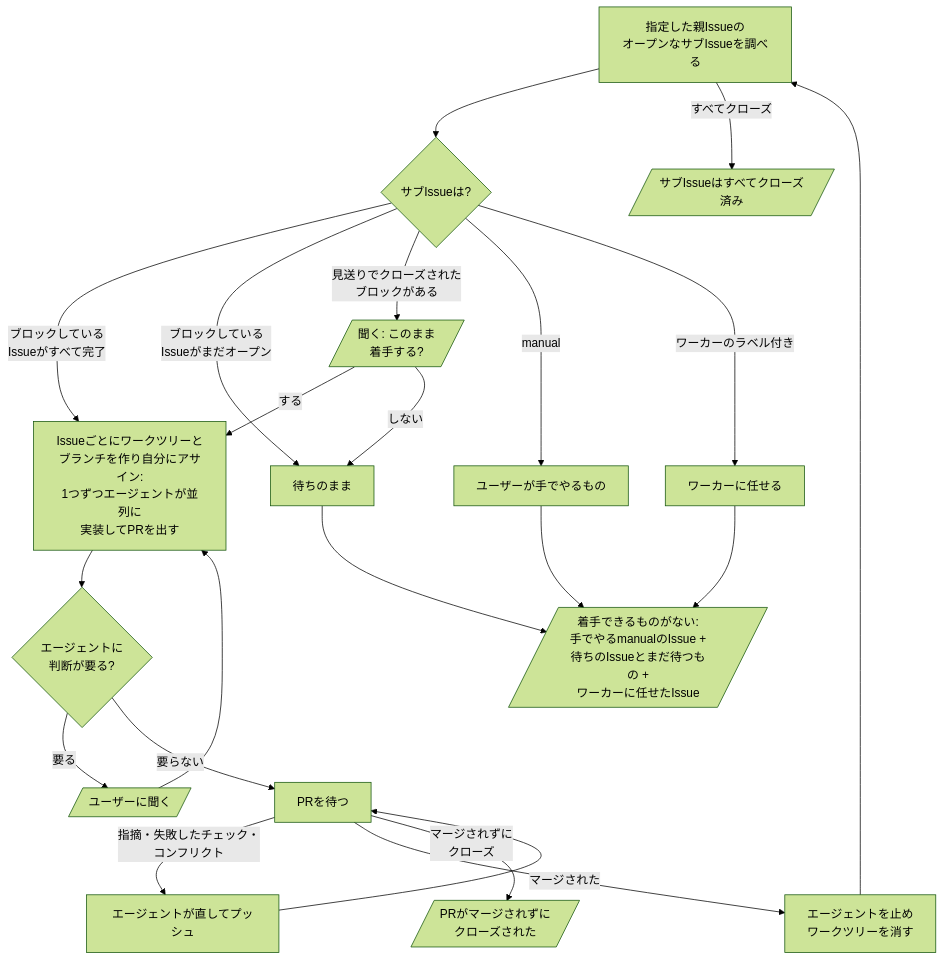
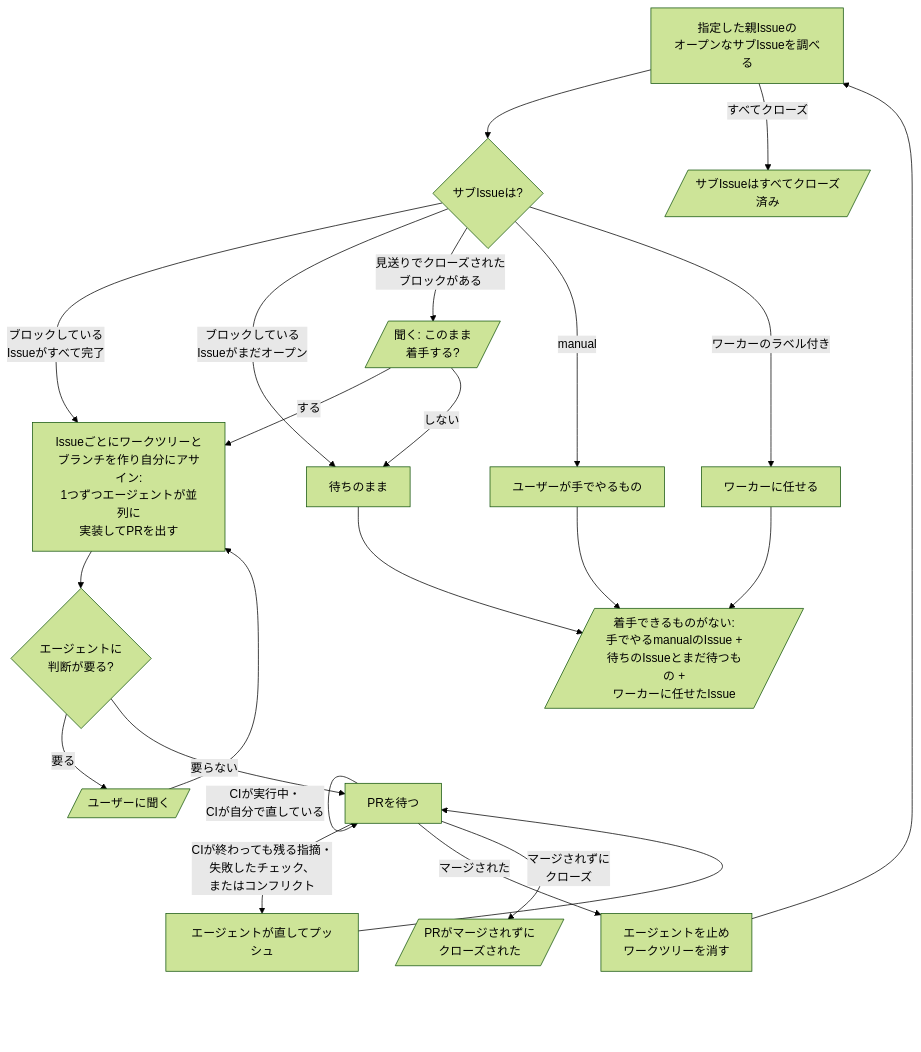
The diagram in shared/skills/work-issues/README.ja.md (omni-stove/skill-kit), drawn with Mermaid (forest theme) before and after one commit. The commit also changed 3 other files, not shown here.

````diff
--- a/shared/skills/work-issues/README.ja.md
+++ b/shared/skills/work-issues/README.ja.md
@@ -3,25 +3,26 @@
 ```mermaid
 flowchart TD
   scan[指定した親Issueの<br/>オープンなサブIssueを調べる]
   scan --> kind{サブIssueは?}
   kind -- "ブロックしている<br/>Issueがすべて完了" --> start[Issueごとにワークツリーと<br/>ブランチを作り自分にアサイン:<br/>1つずつエージェントが並列に<br/>実装してPRを出す]
   kind -- "ブロックしている<br/>Issueがまだオープン" --> waiting[待ちのまま]
   kind -- "見送りでクローズされた<br/>ブロックがある" --> ask[/聞く: このまま<br/>着手する?/]
   kind -- "manual" --> manual[ユーザーが手でやるもの]
   kind -- "ワーカーのラベル付き" --> worker[ワーカーに任せる]
   ask -- "する" --> start
   ask -- "しない" --> waiting
   start --> question{エージェントに<br/>判断が要る?}
   question -- "要る" --> answer[/ユーザーに聞く/]
   answer --> start
   question -- "要らない" --> pr[PRを待つ]
-  pr -- "指摘・失敗したチェック・<br/>コンフリクト" --> fix[エージェントが直してプッシュ]
+  pr -- "CIが実行中・<br/>CIが自分で直している" --> pr
+  pr -- "CIが終わっても残る指摘・<br/>失敗したチェック、<br/>またはコンフリクト" --> fix[エージェントが直してプッシュ]
   fix --> pr
   pr -- "マージされた" --> stop[エージェントを止め<br/>ワークツリーを消す]
   stop --> scan
   pr -- "マージされずに<br/>クローズ" --> closed[/PRがマージされずに<br/>クローズされた/]
   waiting --> report[/"着手できるものがない:<br/>手でやるmanualのIssue +<br/>待ちのIssueとまだ待つもの +<br/>ワーカーに任せたIssue"/]
   manual --> report
   worker --> report
   scan -- "すべてクローズ" --> done[/サブIssueはすべてクローズ済み/]
 ```
````
